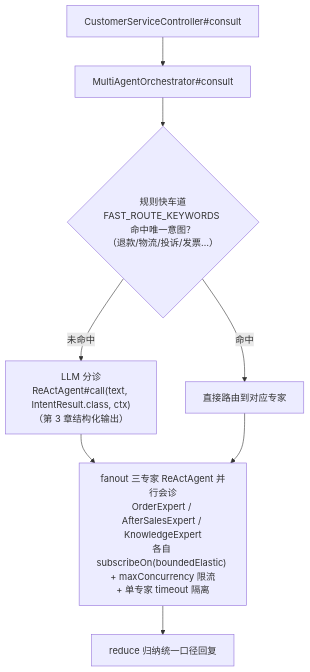
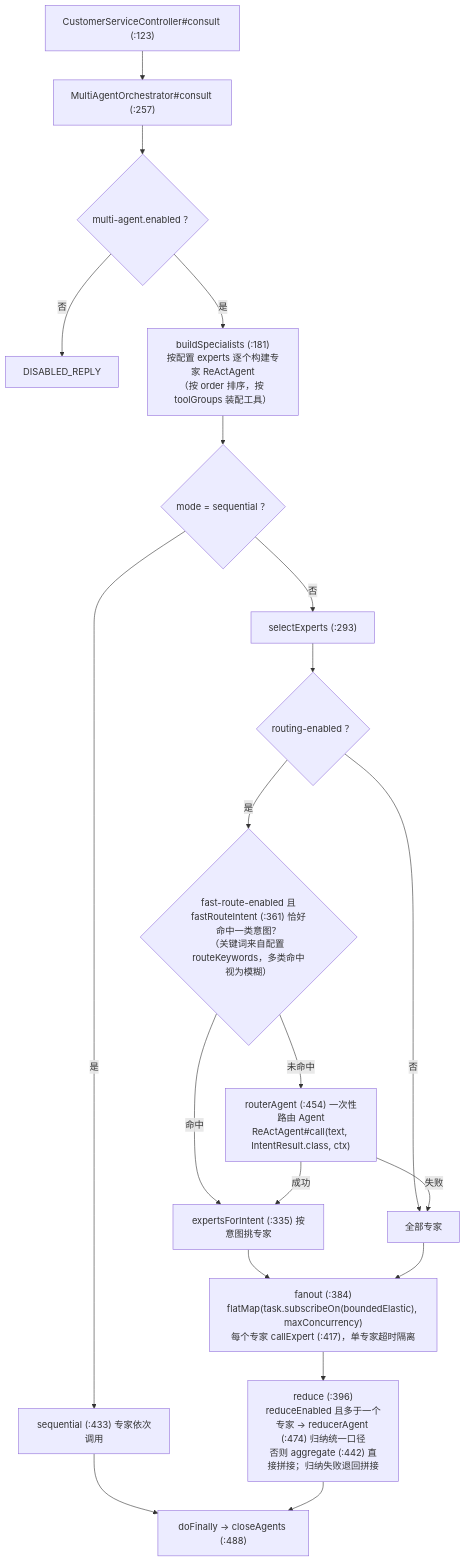
Before and after one commit to liulangjietou/AgentScope-source-analysis: the fourth of 8 diagrams in 09-customer_work场景全景映射.md, drawn with Mermaid. The commit also changed other lines of this file and 10 other files, not shown here.

First line of the commit message:
docs: 补全方法级调用链路图并标注 main 未发版变更

````diff
--- a/09-customer_work场景全景映射.md
+++ b/09-customer_work场景全景映射.md
@@ -75,10 +114,22 @@
 ```mermaid
 flowchart TB
-    IN["CustomerServiceController#consult"] --> ORCH["MultiAgentOrchestrator#consult"]
-    ORCH --> FAST{"规则快车道<br/>FAST_ROUTE_KEYWORDS 命中唯一意图？<br/>（退款/物流/投诉/发票…）"}
-    FAST -->|"命中"| ROUTE["直接路由到对应专家"]
-    FAST -->|"未命中"| LLM_TRIAGE["LLM 分诊<br/>ReActAgent#call(text, IntentResult.class, ctx)<br/>（第 3 章结构化输出）"]
-    LLM_TRIAGE --> FANOUT["fanout 三专家 ReActAgent 并行会诊<br/>OrderExpert / AfterSalesExpert / KnowledgeExpert<br/>各自 subscribeOn(boundedElastic) + maxConcurrency 限流<br/>+ 单专家 timeout 隔离"]
-    ROUTE --> FANOUT
-    FANOUT --> REDUCE["reduce 归纳统一口径回复"]
+    IN["CustomerServiceController#consult (:123)"] --> ORCH["MultiAgentOrchestrator#consult (:257)"]
+    ORCH --> EN{"multi-agent.enabled ？"}
+    EN -->|"否"| DIS["DISABLED_REPLY"]
+    EN -->|"是"| BS["buildSpecialists (:181)<br/>按配置 experts 逐个构建专家 ReActAgent<br/>（按 order 排序，按 toolGroups 装配工具）"]
+    BS --> MODE{"mode = sequential ？"}
+    MODE -->|"是"| SEQ["sequential (:433) 专家依次调用"]
+    MODE -->|"否"| SEL["selectExperts (:293)"]
+    SEL --> RT{"routing-enabled ？"}
+    RT -->|"否"| ALL["全部专家"]
+    RT -->|"是"| FAST{"fast-route-enabled 且<br/>fastRouteIntent (:361) 恰好命中一类意图？<br/>（关键词来自配置 routeKeywords，多类命中视为模糊）"}
+    FAST -->|"命中"| PICK["expertsForIntent (:335) 按意图挑专家"]
+    FAST -->|"未命中"| ROUTER["routerAgent (:454) 一次性路由 Agent<br/>ReActAgent#call(text, IntentResult.class, ctx)"]
+    ROUTER -->|"成功"| PICK
+    ROUTER -->|"失败"| ALL
+    PICK --> FAN["fanout (:384)<br/>flatMap(task.subscribeOn(boundedElastic), maxConcurrency)<br/>每个专家 callExpert (:417)，单专家超时隔离"]
+    ALL --> FAN
+    FAN --> RED["reduce (:396)<br/>reduceEnabled 且多于一个专家 → reducerAgent (:474) 归纳统一口径<br/>否则 aggregate (:442) 直接拼接；归纳失败退回拼接"]
+    SEQ --> CLOSE["doFinally → closeAgents (:488)"]
+    RED --> CLOSE
 ```
````
